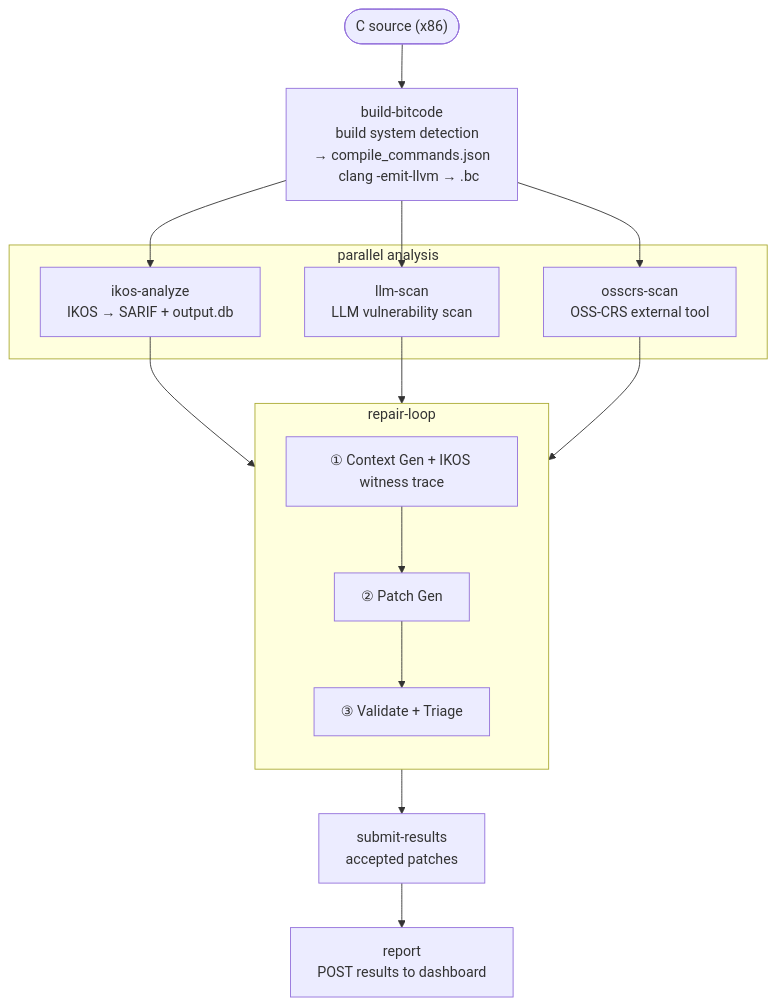
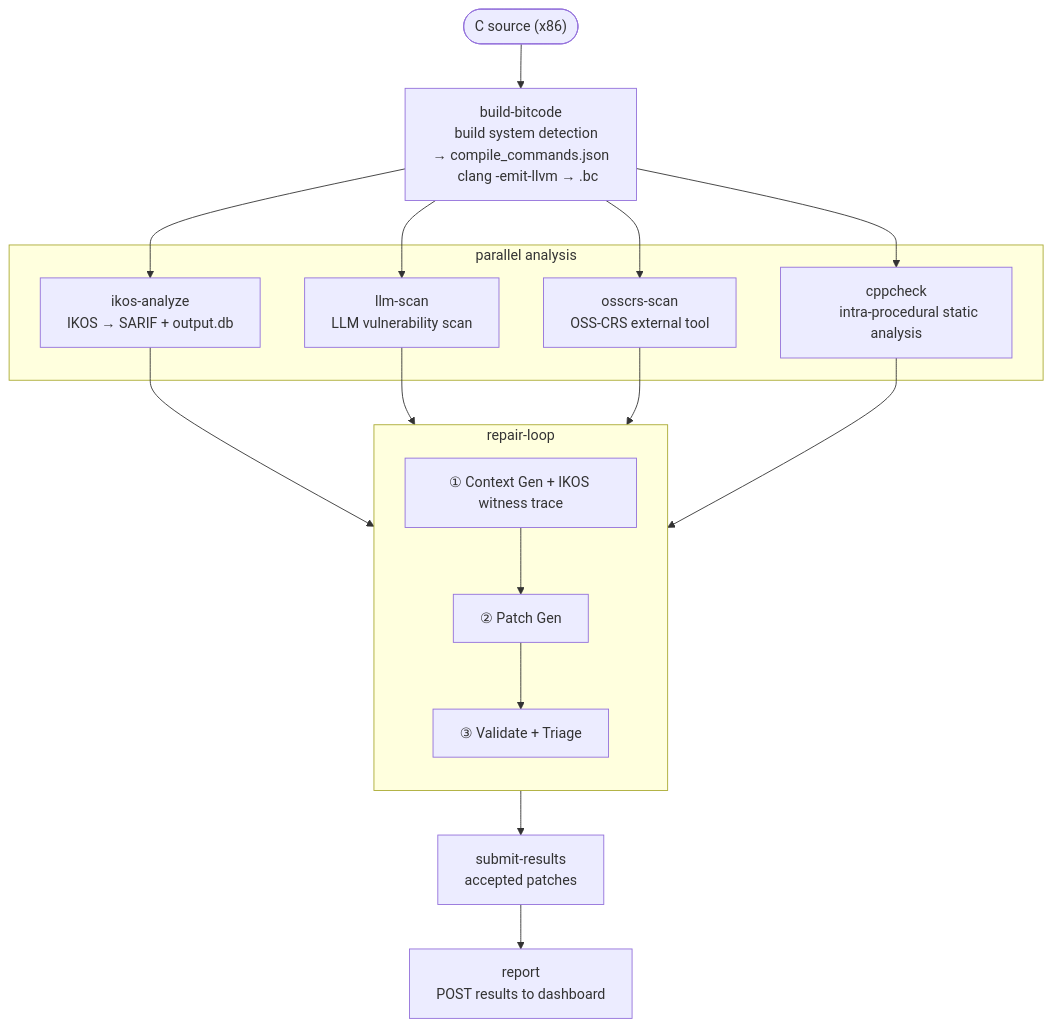
Before and after one commit to johwes/SCAR: the diagram in README.md, drawn with Mermaid. The commit also changed other lines of this file, not shown here.

First line of the commit message:
readme: add cppcheck to architecture diagram and description

````diff
--- a/README.md
+++ b/README.md
@@ -7,36 +7,38 @@
 ```mermaid
 flowchart TD
     src(["C source (x86)"])
 
     bb["build-bitcode
     build system detection → compile_commands.json
     clang -emit-llvm → .bc"]
 
     subgraph par["parallel analysis"]
         ikos["ikos-analyze
         IKOS → SARIF + output.db"]
         llm["llm-scan
         LLM vulnerability scan"]
         osscrs["osscrs-scan
         OSS-CRS external tool"]
+        cppcheck["cppcheck
+        intra-procedural static analysis"]
     end
 
     subgraph rl["repair-loop"]
         direction TB
         s1["① Context Gen + IKOS witness trace"]
         s2["② Patch Gen"]
         s3["③ Validate + Triage"]
         s1 --> s2 --> s3
     end
 
     submit["submit-results
     accepted patches"]
     report["report
     POST results to dashboard"]
 
     src --> bb
-    bb --> ikos & llm & osscrs
-    ikos & llm & osscrs --> s1
+    bb --> ikos & llm & osscrs & cppcheck
+    ikos & llm & osscrs & cppcheck --> s1
     s3 --> submit
     submit --> report
 ```
````
